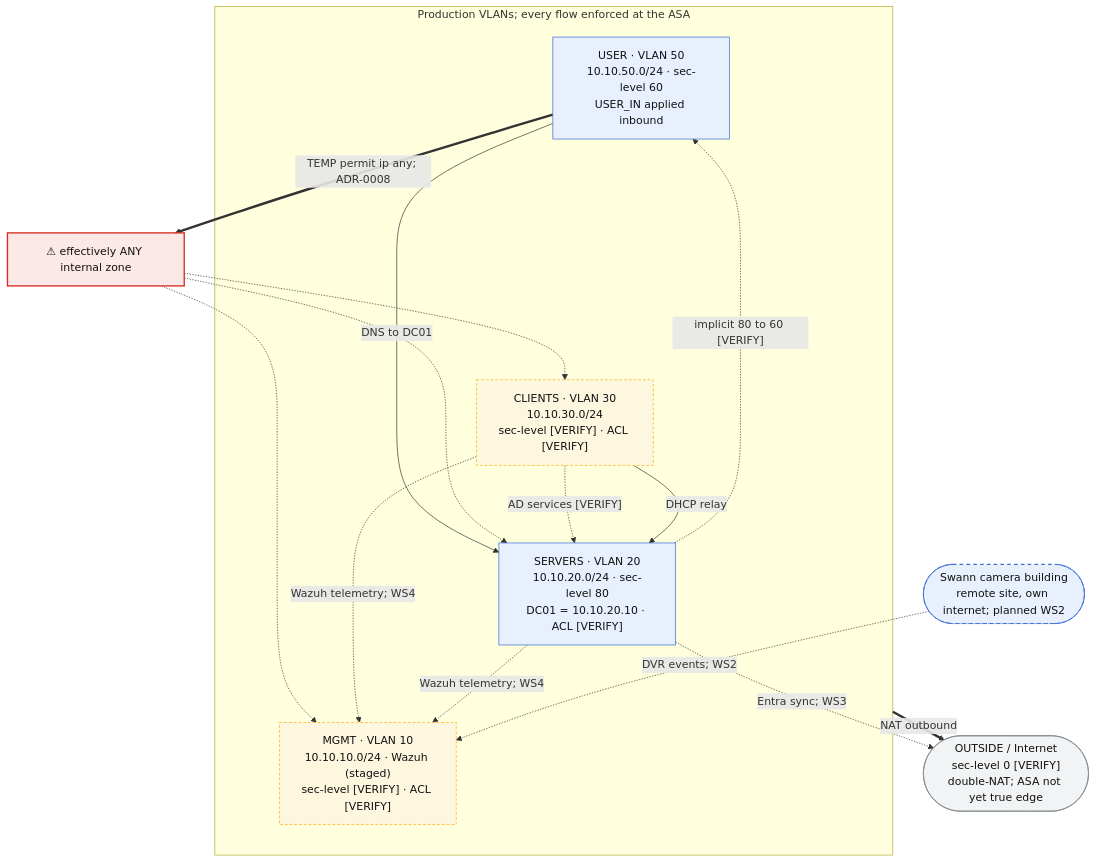
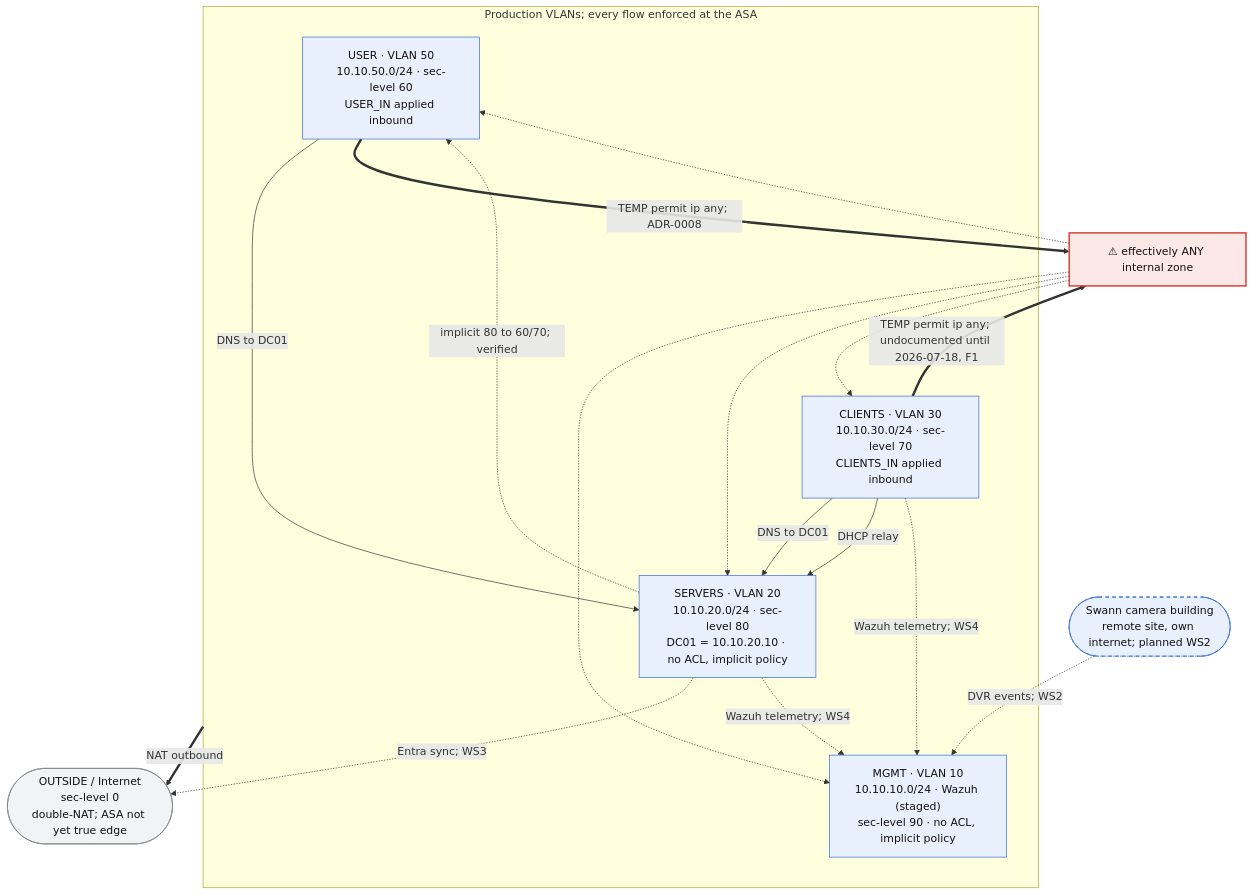
Before and after one commit to wadesanders-infra/jssandersllc-infra: the diagram in onprem/diagrams/trust-acl-flow.md, drawn with Mermaid. The commit also changed other lines of this file and 7 other files, not shown here.

````diff
--- a/onprem/diagrams/trust-acl-flow.md
+++ b/onprem/diagrams/trust-acl-flow.md
@@ -11,38 +11,40 @@
 ```mermaid
 %%{init: {"flowchart": {"nodeSpacing": 70, "rankSpacing": 90}}}%%
 flowchart TB
     classDef zone fill:#e8f0fe,stroke:#3367d6,color:#111111
     classDef unver fill:#fef7e0,stroke:#f9ab00,stroke-dasharray:4 3,color:#111111
     classDef outside fill:#f1f3f4,stroke:#80868b,color:#111111
     classDef debt fill:#fce8e6,stroke:#d93025,stroke-width:2px,color:#111111
     classDef planned fill:#e8f0fe,stroke:#3367d6,stroke-dasharray:5 5,color:#111111
 
-    INET(["OUTSIDE / Internet<br/>sec-level 0 [VERIFY]<br/>double-NAT; ASA not yet true edge"]):::outside
+    INET(["OUTSIDE / Internet<br/>sec-level 0<br/>double-NAT; ASA not yet true edge"]):::outside
     SWANN(["Swann camera building<br/>remote site, own internet; planned WS2"]):::planned
 
     subgraph PROD["Production VLANs; every flow enforced at the ASA"]
         USER["USER · VLAN 50<br/>10.10.50.0/24 · sec-level 60<br/>USER_IN applied inbound"]:::zone
-        SERVERS["SERVERS · VLAN 20<br/>10.10.20.0/24 · sec-level 80<br/>DC01 = 10.10.20.10 · ACL [VERIFY]"]:::zone
-        CLIENTS["CLIENTS · VLAN 30<br/>10.10.30.0/24<br/>sec-level [VERIFY] · ACL [VERIFY]"]:::unver
-        MGMT["MGMT · VLAN 10<br/>10.10.10.0/24 · Wazuh (staged)<br/>sec-level [VERIFY] · ACL [VERIFY]"]:::unver
+        SERVERS["SERVERS · VLAN 20<br/>10.10.20.0/24 · sec-level 80<br/>DC01 = 10.10.20.10 · no ACL, implicit policy"]:::zone
+        CLIENTS["CLIENTS · VLAN 30<br/>10.10.30.0/24 · sec-level 70<br/>CLIENTS_IN applied inbound"]:::zone
+        MGMT["MGMT · VLAN 10<br/>10.10.10.0/24 · Wazuh (staged)<br/>sec-level 90 · no ACL, implicit policy"]:::zone
     end
 
     ANYDEBT["⚠ effectively ANY internal zone"]:::debt
 
     %% current state; full basis for every edge is in the Flows table
     USER -->|"DNS to DC01"| SERVERS
     USER ==>|"TEMP permit ip any; ADR-0008"| ANYDEBT
+    CLIENTS ==>|"TEMP permit ip any; undocumented until 2026-07-18, F1"| ANYDEBT
     ANYDEBT -.-> MGMT
     ANYDEBT -.-> SERVERS
     ANYDEBT -.-> CLIENTS
-    CLIENTS -.->|"AD services [VERIFY]"| SERVERS
+    ANYDEBT -.-> USER
+    CLIENTS -->|"DNS to DC01"| SERVERS
     CLIENTS -->|"DHCP relay"| SERVERS
-    SERVERS -.->|"implicit 80 to 60 [VERIFY]"| USER
+    SERVERS -.->|"implicit 80 to 60/70; verified"| USER
     PROD ==>|"NAT outbound"| INET
 
     %% planned flows (not yet built)
     SERVERS -.->|"Entra sync; WS3"| INET
     CLIENTS -.->|"Wazuh telemetry; WS4"| MGMT
     SERVERS -.->|"Wazuh telemetry; WS4"| MGMT
     SWANN -.->|"DVR events; WS2"| MGMT
 ```
````
